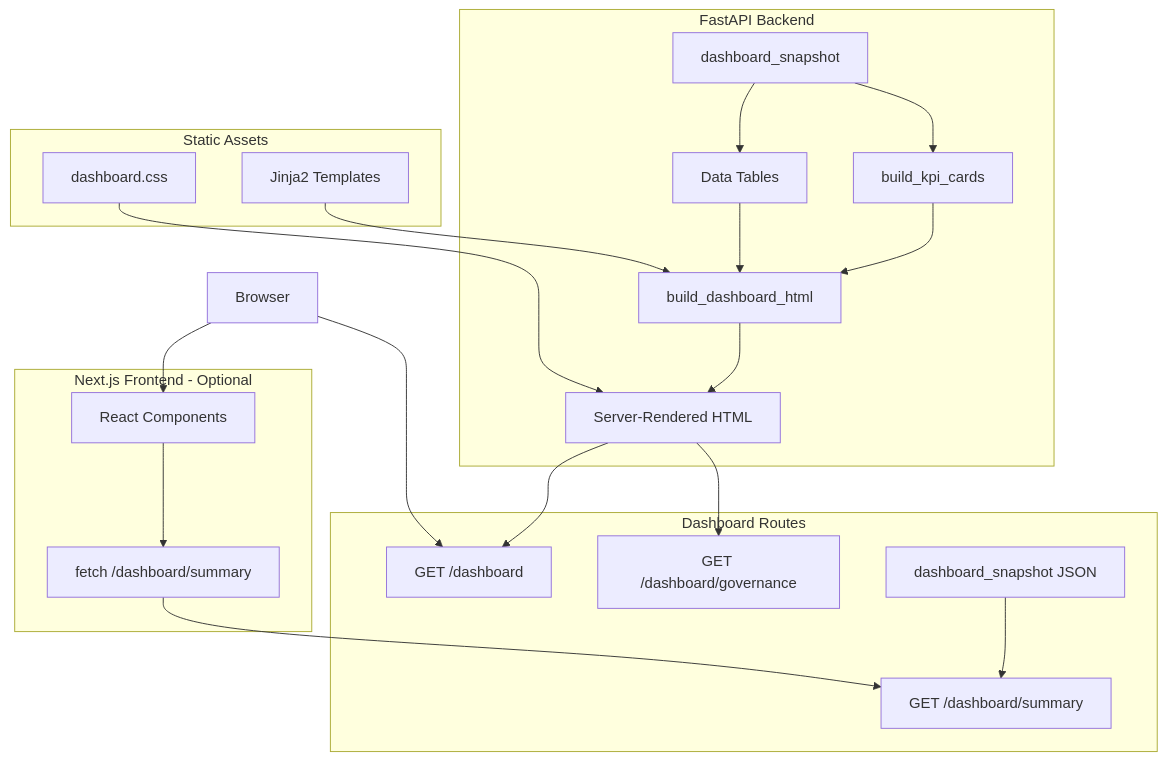
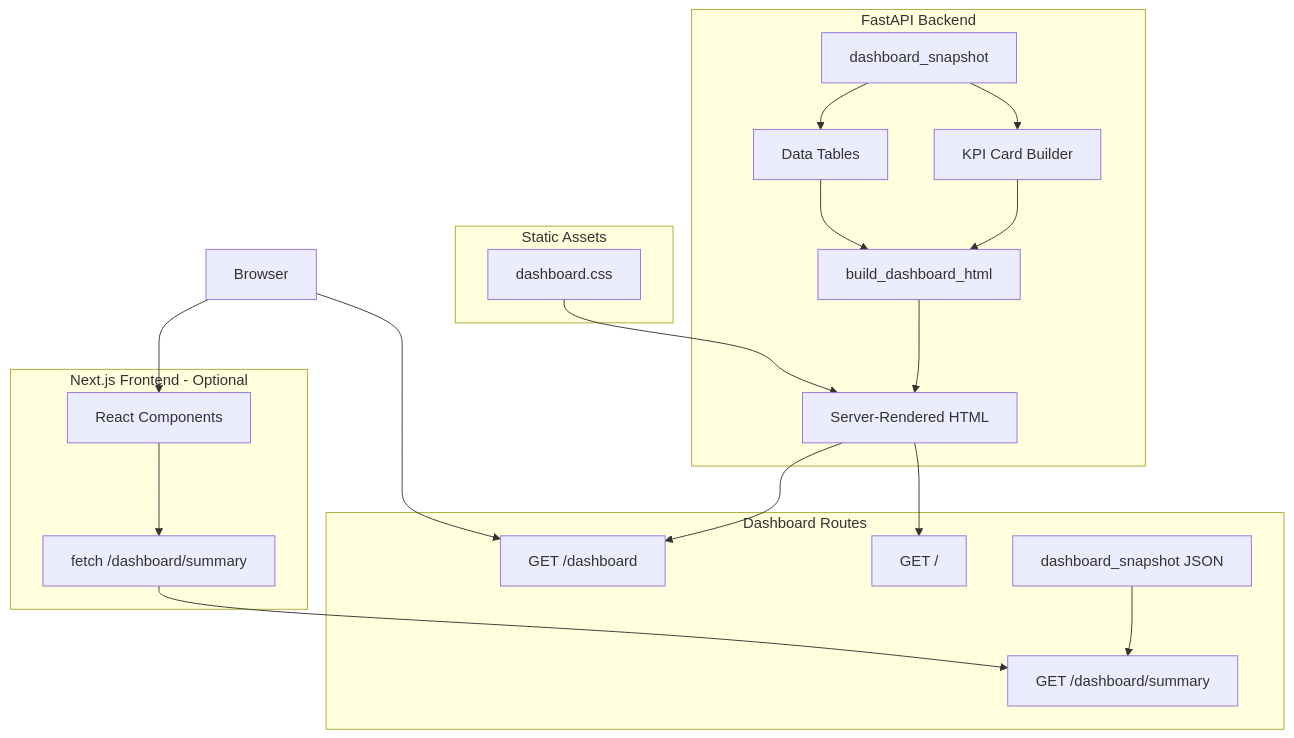
Before and after one commit to AngelP17/Rift: the first of 2 diagrams in docs/dashboard.md, drawn with Mermaid. The commit also changed other lines of this file and 2 other files, not shown here.

````diff
--- a/docs/dashboard.md
+++ b/docs/dashboard.md
@@ -25,29 +25,28 @@
 ```mermaid
 flowchart TD
     subgraph backend ["FastAPI Backend"]
-        SNAP[dashboard_snapshot] --> KPIS[build_kpi_cards]
+        SNAP[dashboard_snapshot] --> KPIS[KPI Card Builder]
         SNAP --> TABLES[Data Tables]
         KPIS --> RENDER[build_dashboard_html]
         TABLES --> RENDER
         RENDER --> HTML[Server-Rendered HTML]
     end
 
     subgraph static ["Static Assets"]
         CSS[dashboard.css] --> HTML
-        TPL[Jinja2 Templates] --> RENDER
     end
 
     subgraph routes ["Dashboard Routes"]
         HTML --> DASH["GET /dashboard"]
-        HTML --> ETL["GET /dashboard/governance"]
+        HTML --> LAND["GET /"]
         JSON[dashboard_snapshot JSON] --> API["GET /dashboard/summary"]
     end
 
     subgraph frontend ["Next.js Frontend - Optional"]
         REACT[React Components] --> FETCH["fetch /dashboard/summary"]
         FETCH --> API
     end
 
     CLIENT[Browser] --> DASH
     CLIENT --> REACT
 ```
````
